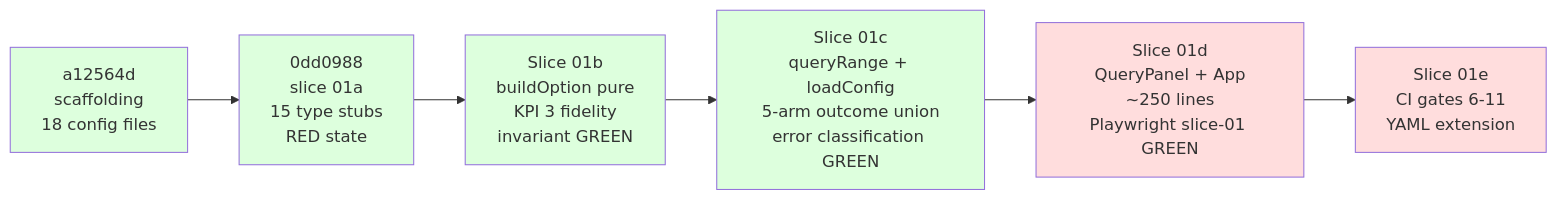
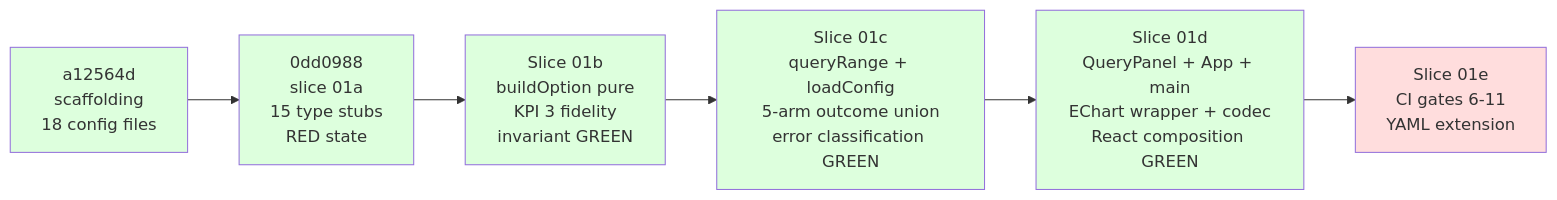
Diagram 23 of 26 in docs/presentation/narrative.md (andrealaforgia/kaleidoscope), drawn with Mermaid before and after one commit. The commit also changed other lines of this file and 6 other files, not shown here.

````diff
--- a/docs/presentation/narrative.md
+++ b/docs/presentation/narrative.md
@@ -1765,14 +1765,14 @@
 ```mermaid
 flowchart LR
     C0[a12564d<br/>scaffolding<br/>18 config files] --> C1[0dd0988<br/>slice 01a<br/>15 type stubs<br/>RED state]
     C1 --> C2[Slice 01b<br/>buildOption pure<br/>KPI 3 fidelity<br/>invariant GREEN]
     C2 --> C3[Slice 01c<br/>queryRange + loadConfig<br/>5-arm outcome union<br/>error classification GREEN]
-    C3 --> C4[Slice 01d<br/>QueryPanel + App<br/>~250 lines<br/>Playwright slice-01 GREEN]
+    C3 --> C4[Slice 01d<br/>QueryPanel + App + main<br/>EChart wrapper + codec<br/>React composition GREEN]
     C4 --> C5[Slice 01e<br/>CI gates 6-11<br/>YAML extension]
     style C0 fill:#dfd
     style C1 fill:#dfd
     style C2 fill:#dfd
     style C3 fill:#dfd
-    style C4 fill:#fdd
+    style C4 fill:#dfd
     style C5 fill:#fdd
 ```
````
